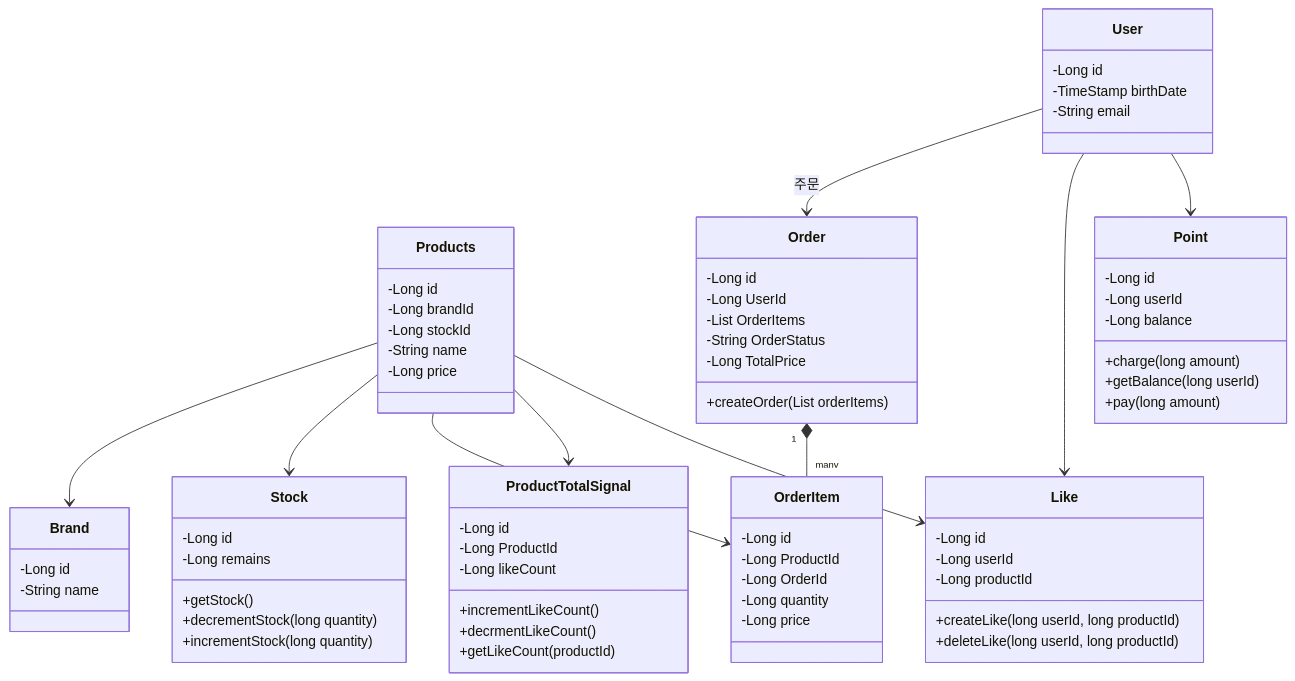
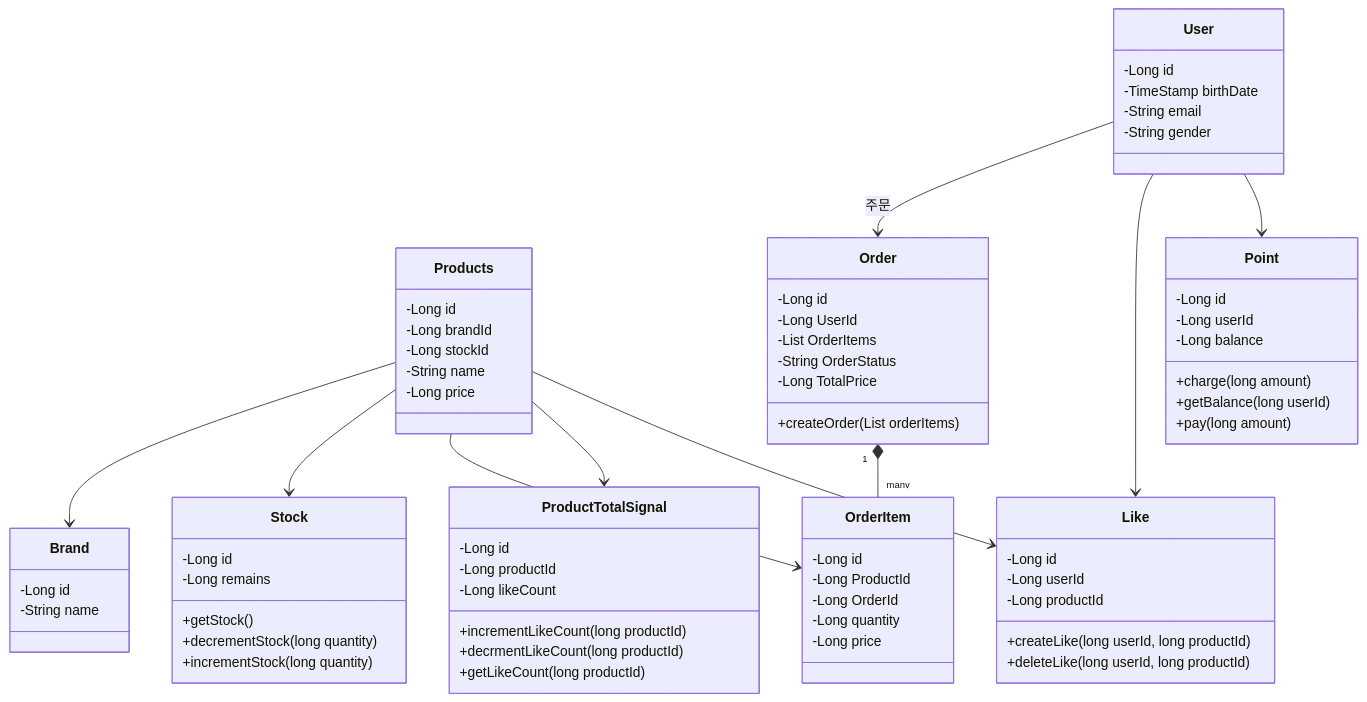
Before and after one commit to Loopers-dev-lab/loopers-spring-kotlin-template: the diagram in .docs/design/03-class-diagram.md, drawn with Mermaid. The commit also changed 3 other files, not shown here.

```diff
--- a/.docs/design/03-class-diagram.md
+++ b/.docs/design/03-class-diagram.md
@@ -12,11 +12,11 @@
     }
     class ProductTotalSignal {
         -Long id
-        -Long ProductId
+        -Long productId
         -Long likeCount
-        +incrementLikeCount()
-        +decrmentLikeCount()
-        +getLikeCount(productId)
+        +incrementLikeCount(long productId)
+        +decrmentLikeCount(long productId)
+        +getLikeCount(long productId)
     }
 
     class Brand {
@@ -36,6 +36,7 @@
         -Long id
         -TimeStamp birthDate
         -String email
+        -String gender
     }
 
     class Point {
```
